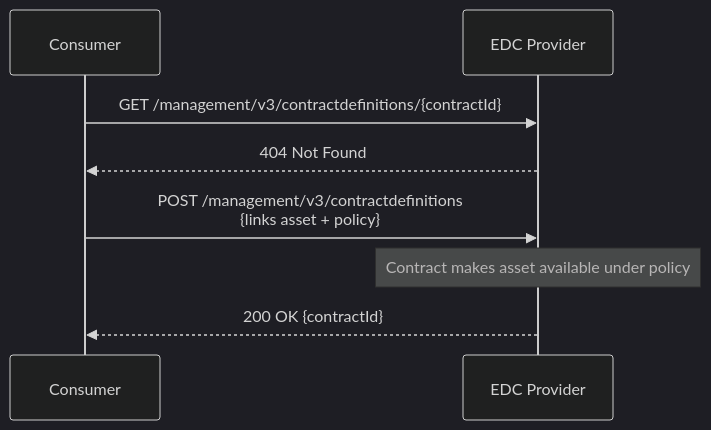
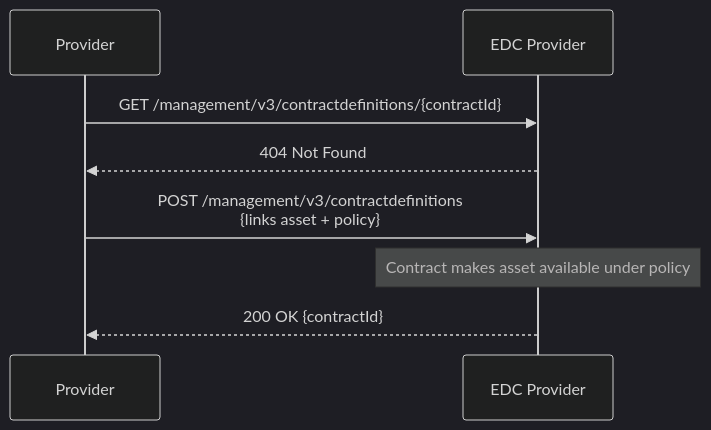
Before and after one commit to borrmann-dev/construct-x-edge-k8s: the third of 8 diagrams in scripts/README.md, drawn with Mermaid (dark theme). The commit also changed other lines of this file, not shown here.

````diff
--- a/scripts/README.md
+++ b/scripts/README.md
@@ -71,11 +70,11 @@
 ```mermaid
 sequenceDiagram
-    participant Consumer
+    participant Provider
     participant EDC_Provider as EDC Provider
 
-    Consumer->>EDC_Provider: GET /management/v3/contractdefinitions/{contractId}
-    EDC_Provider-->>Consumer: 404 Not Found
-    Consumer->>EDC_Provider: POST /management/v3/contractdefinitions<br/>{links asset + policy}
+    Provider->>EDC_Provider: GET /management/v3/contractdefinitions/{contractId}
+    EDC_Provider-->>Provider: 404 Not Found
+    Provider->>EDC_Provider: POST /management/v3/contractdefinitions<br/>{links asset + policy}
     Note over EDC_Provider: Contract makes asset available under policy
-    EDC_Provider-->>Consumer: 200 OK {contractId}
+    EDC_Provider-->>Provider: 200 OK {contractId}
 ```
````
